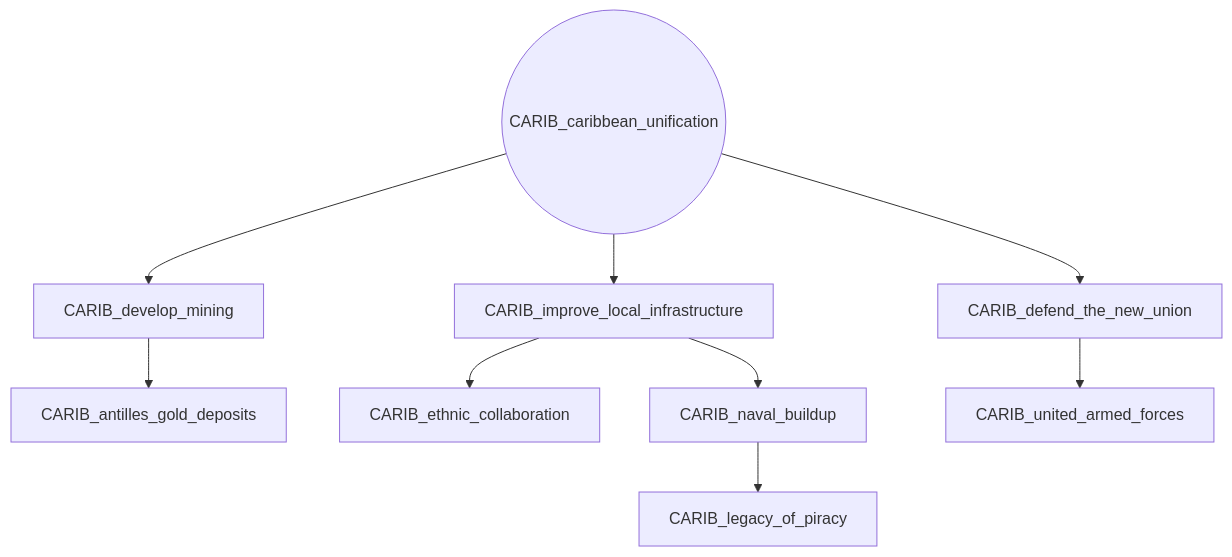
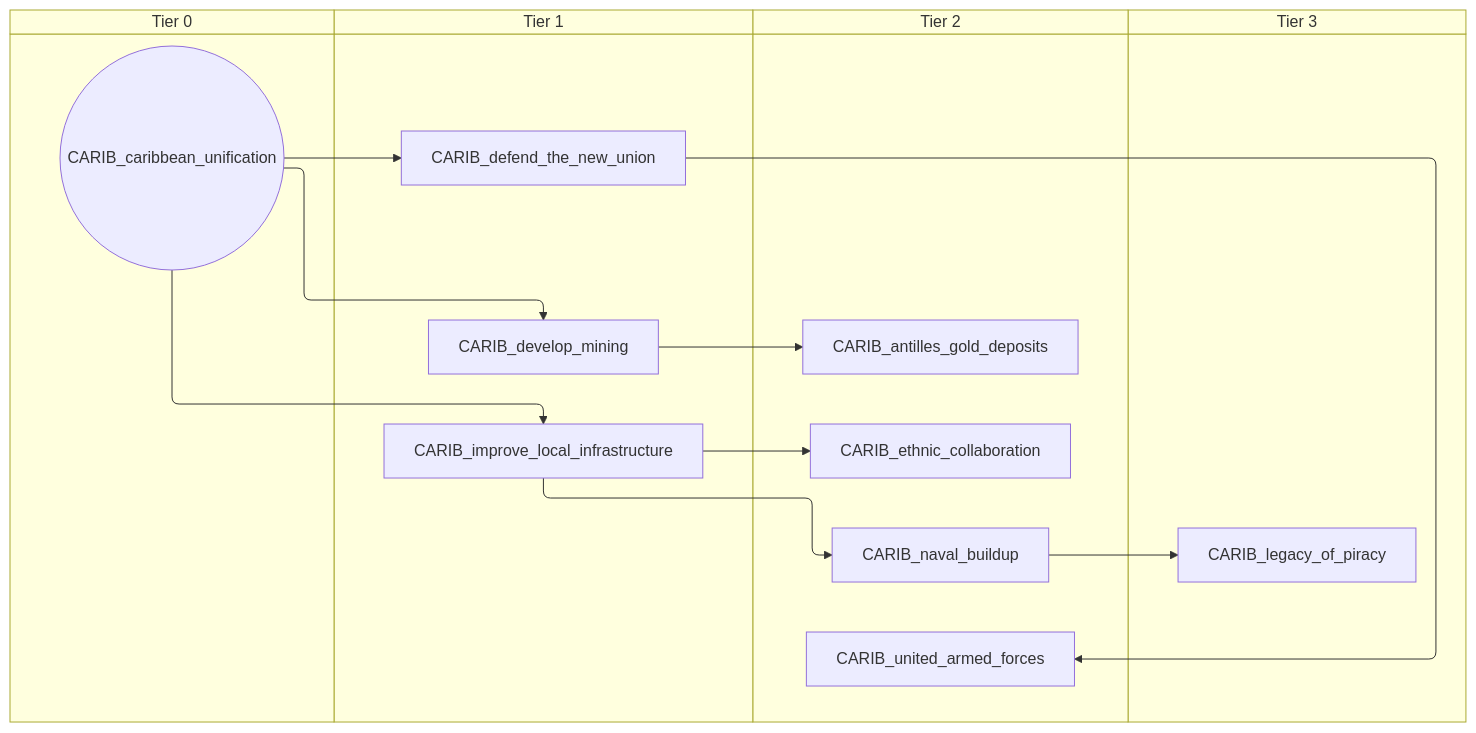
Before and after one commit to evgeny-sobol/hoi4-sandbox-mode-r56: the diagram in docs/gdd/National Focuses/r56/r56_caribbean_shared.md, drawn with Mermaid. The commit also changed 423 other files, not shown here.

First line of the commit message:
Re-export Rt56 focus trees as swimlane diagrams

````diff
--- a/docs/gdd/National Focuses/r56/r56_caribbean_shared.md
+++ b/docs/gdd/National Focuses/r56/r56_caribbean_shared.md
@@ -3,20 +3,28 @@
 ```mermaid
-flowchart TD
-    n1["CARIB_antilles_gold_deposits"]
-    n2(("CARIB_caribbean_unification"))
-    n3["CARIB_defend_the_new_union"]
-    n4["CARIB_develop_mining"]
-    n5["CARIB_ethnic_collaboration"]
-    n6["CARIB_improve_local_infrastructure"]
-    n7["CARIB_legacy_of_piracy"]
-    n8["CARIB_naval_buildup"]
-    n9["CARIB_united_armed_forces"]
-    n4 --> n1
-    n2 --> n3
-    n2 --> n4
-    n6 --> n5
-    n2 --> n6
-    n8 --> n7
-    n6 --> n8
-    n3 --> n9
+swimlane-beta TD
+    subgraph tier_0["Tier 0"]
+        n1(("CARIB_caribbean_unification"))
+    end
+    subgraph tier_1["Tier 1"]
+        n2["CARIB_defend_the_new_union"]
+        n3["CARIB_develop_mining"]
+        n4["CARIB_improve_local_infrastructure"]
+    end
+    subgraph tier_2["Tier 2"]
+        n5["CARIB_antilles_gold_deposits"]
+        n6["CARIB_ethnic_collaboration"]
+        n7["CARIB_naval_buildup"]
+        n8["CARIB_united_armed_forces"]
+    end
+    subgraph tier_3["Tier 3"]
+        n9["CARIB_legacy_of_piracy"]
+    end
+    n3 --> n5
+    n1 --> n2
+    n1 --> n3
+    n4 --> n6
+    n1 --> n4
+    n7 --> n9
+    n4 --> n7
+    n2 --> n8
 ```
````
